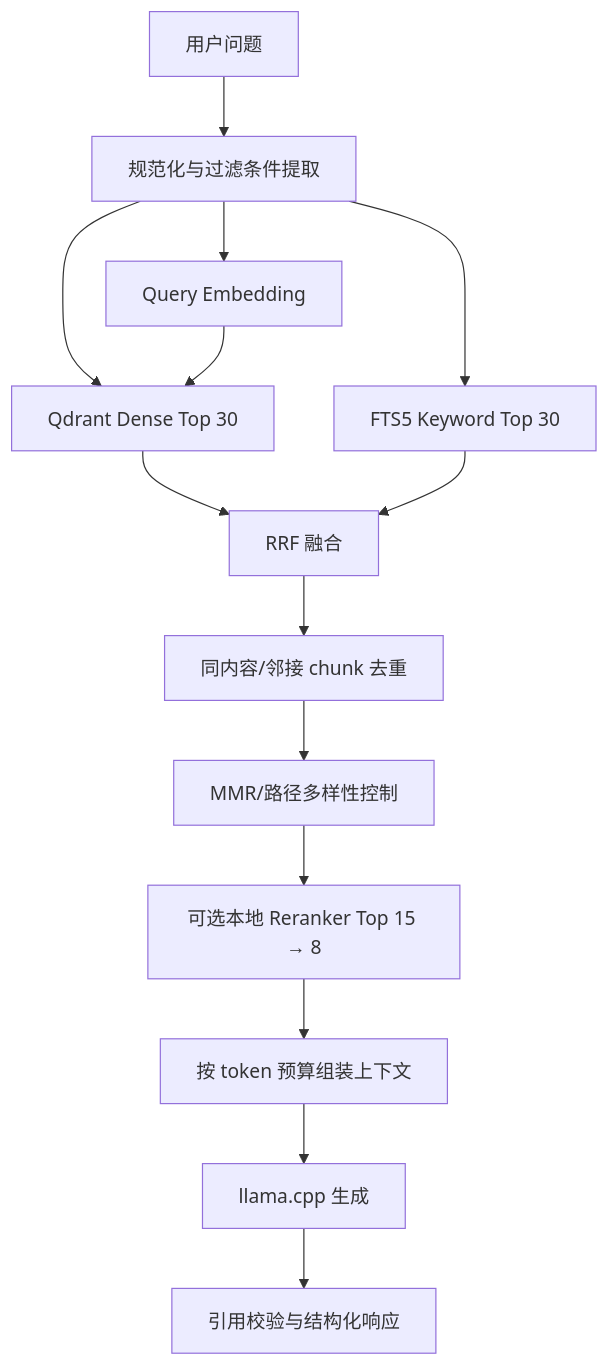
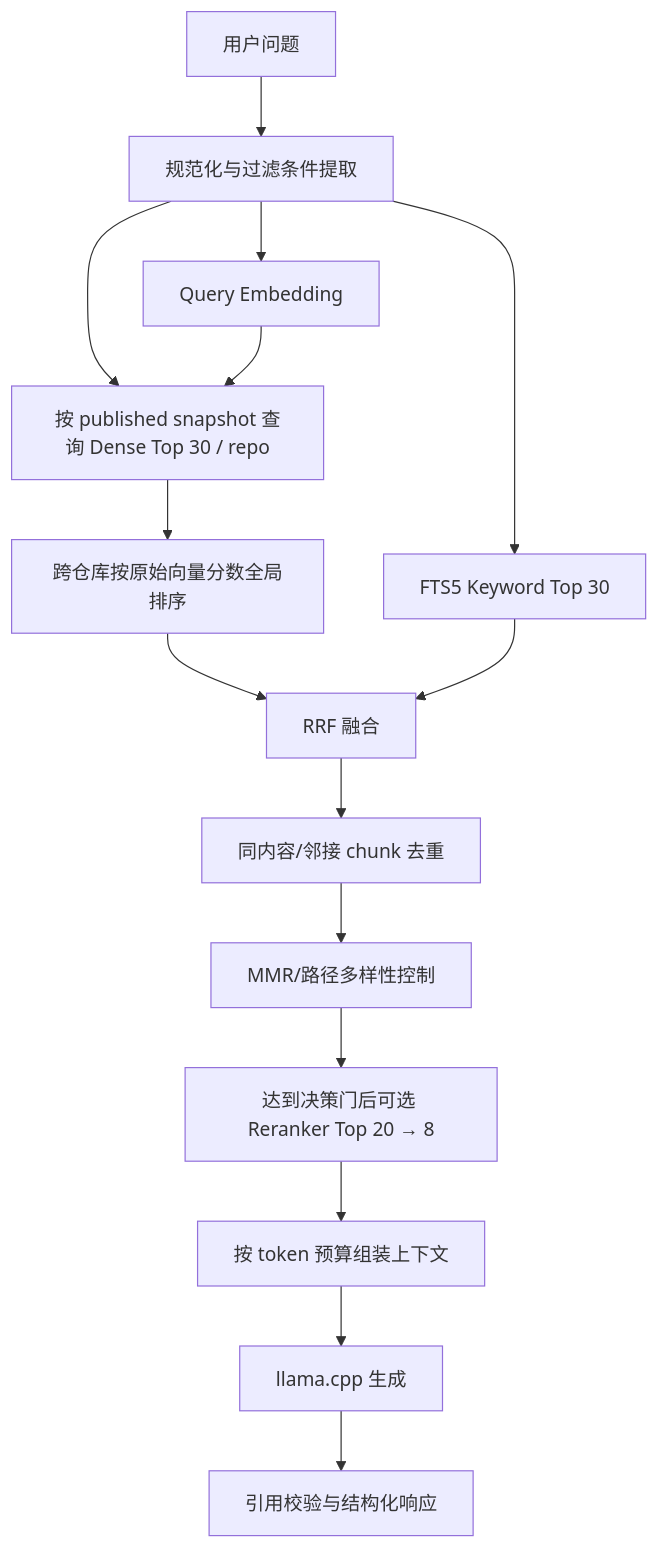
One commit to wangmangguo555-del/RAG changed the third of 3 diagrams in LOCAL_RAG_ARCHITECTURE_AND_DEVELOPMENT_PLAN.md. Above: the diagram before and after it, drawn with Mermaid. The commit also changed other lines of this file and 35 other files, not shown here.

````diff
--- a/LOCAL_RAG_ARCHITECTURE_AND_DEVELOPMENT_PLAN.md
+++ b/LOCAL_RAG_ARCHITECTURE_AND_DEVELOPMENT_PLAN.md
@@ -427,16 +464,17 @@
 ```mermaid
 flowchart TD
     Q["用户问题"] --> N["规范化与过滤条件提取"]
     N --> QE["Query Embedding"]
-    N --> D["Qdrant Dense Top 30"]
+    N --> D["按 published snapshot 查询 Dense Top 30 / repo"]
     N --> K["FTS5 Keyword Top 30"]
     QE --> D
-    D --> R["RRF 融合"]
+    D --> GD["跨仓库按原始向量分数全局排序"]
+    GD --> R["RRF 融合"]
     K --> R
     R --> DD["同内容/邻接 chunk 去重"]
     DD --> M["MMR/路径多样性控制"]
-    M --> RR["可选本地 Reranker Top 15 → 8"]
+    M --> RR["达到决策门后可选 Reranker Top 20 → 8"]
     RR --> C["按 token 预算组装上下文"]
     C --> L["llama.cpp 生成"]
     L --> V["引用校验与结构化响应"]
 ```
````
